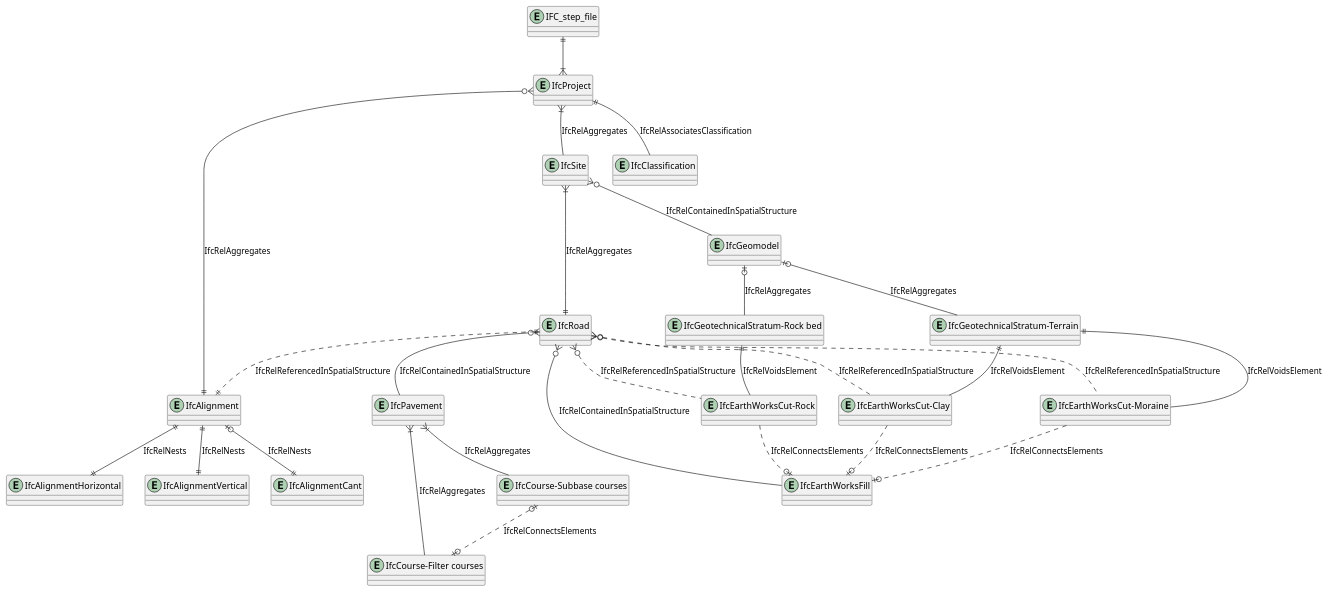
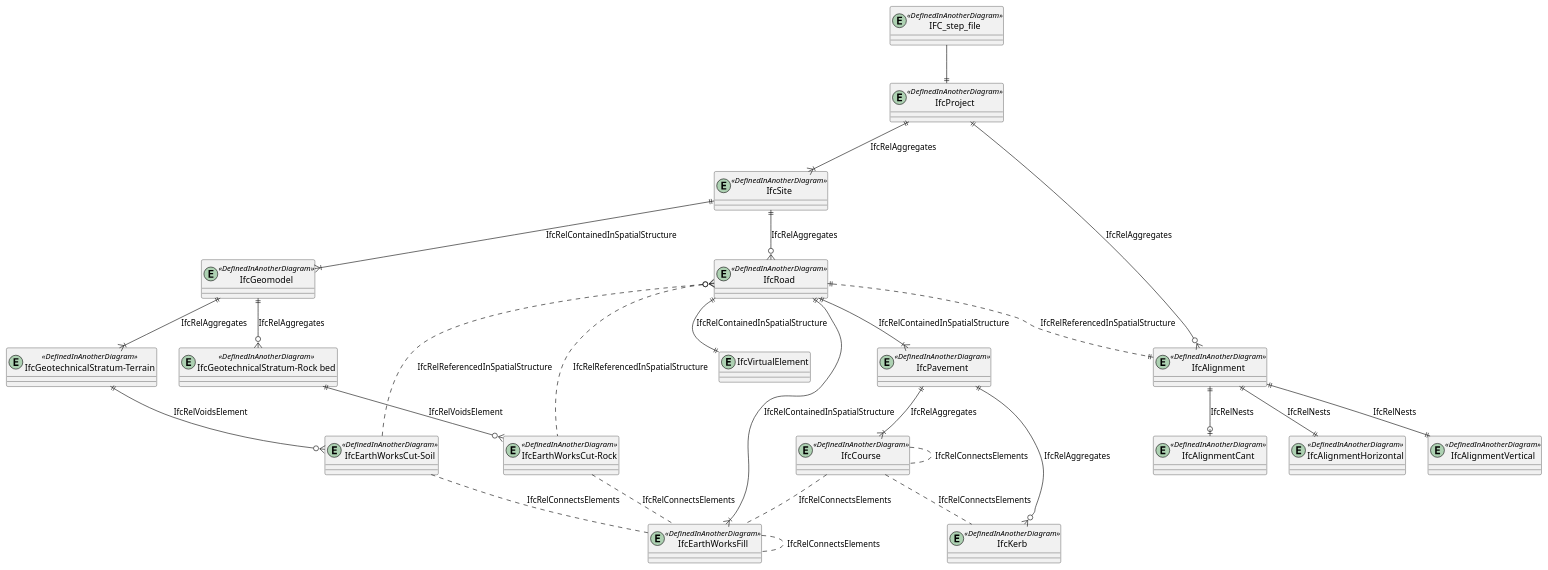
The diagram in diagrams/bsf-ifc-hierarkia.pu (buildingSMART-Finland/RYTV-IFCRoute), drawn with PlantUML before and after one commit. The commit also changed 2 other files, not shown here.

Commit message:
Some text, legend and file hierarchy diagram

```diff
--- a/diagrams/bsf-ifc-hierarkia.pu
+++ b/diagrams/bsf-ifc-hierarkia.pu
@@ -1,64 +1,73 @@
 @startuml 
 
-entity IFC_step_file
-entity IfcProject
-IFC_step_file||--|{IfcProject
+entity IFC_step_file <<DefinedInAnotherDiagram>>
 
-entity IfcSite
-IfcProject}|--IfcSite : IfcRelAggregates
+entity IfcProject <<DefinedInAnotherDiagram>>
+IFC_step_file--||IfcProject
 
-entity IfcClassification 
-IfcProject||--IfcClassification : IfcRelAssociatesClassification 
+entity IfcSite <<DefinedInAnotherDiagram>>
+IfcProject||--|{IfcSite : IfcRelAggregates
 
-entity IfcRoad 
-IfcSite}|--||IfcRoad : IfcRelAggregates
 
-entity IfcAlignment
-IfcProject}o--||IfcAlignment : IfcRelAggregates
-entity IfcAlignmentHorizontal
+entity IfcRoad <<DefinedInAnotherDiagram>> 
+IfcSite||--o{IfcRoad : IfcRelAggregates
+
+
+entity IfcVirtualElement
+IfcRoad||--||IfcVirtualElement : IfcRelContainedInSpatialStructure
+
+entity IfcGeomodel <<DefinedInAnotherDiagram>>
+
+IfcSite||--|{IfcGeomodel : IfcRelContainedInSpatialStructure
+
+entity "IfcGeotechnicalStratum-Terrain" <<DefinedInAnotherDiagram>>
+IfcGeomodel||--|{"IfcGeotechnicalStratum-Terrain":IfcRelAggregates
+entity "IfcGeotechnicalStratum-Rock bed" <<DefinedInAnotherDiagram>>
+IfcGeomodel||--o{"IfcGeotechnicalStratum-Rock bed":IfcRelAggregates
+
+
+entity IfcPavement <<DefinedInAnotherDiagram>>
+IfcRoad||--|{IfcPavement : IfcRelContainedInSpatialStructure
+
+entity "IfcEarthWorksCut-Rock" <<DefinedInAnotherDiagram>>
+IfcRoad}o.."IfcEarthWorksCut-Rock": IfcRelReferencedInSpatialStructure
+entity "IfcEarthWorksCut-Soil" <<DefinedInAnotherDiagram>>
+IfcRoad}o.."IfcEarthWorksCut-Soil": IfcRelReferencedInSpatialStructure
+
+
+"IfcGeotechnicalStratum-Rock bed"||--o{"IfcEarthWorksCut-Rock" : IfcRelVoidsElement
+"IfcGeotechnicalStratum-Terrain"||--o{"IfcEarthWorksCut-Soil" : IfcRelVoidsElement
+
+entity IfcEarthWorksFill <<DefinedInAnotherDiagram>>
+IfcRoad||--|{IfcEarthWorksFill : IfcRelContainedInSpatialStructure
+
+IfcEarthWorksFill..IfcEarthWorksFill:IfcRelConnectsElements
+
+"IfcEarthWorksCut-Rock"..IfcEarthWorksFill :IfcRelConnectsElements 
+"IfcEarthWorksCut-Soil"..IfcEarthWorksFill :IfcRelConnectsElements 
+
+entity IfcCourse <<DefinedInAnotherDiagram>>
+IfcPavement||--|{IfcCourse :IfcRelAggregates
+
+IfcCourse..IfcCourse:IfcRelConnectsElements
+IfcCourse..IfcEarthWorksFill:IfcRelConnectsElements
+
+entity IfcKerb <<DefinedInAnotherDiagram>>
+IfcPavement||--o{IfcKerb :IfcRelAggregates
+IfcCourse..IfcKerb:IfcRelConnectsElements
+
+
+entity IfcAlignment <<DefinedInAnotherDiagram>>
+IfcProject||--o{IfcAlignment : IfcRelAggregates
+entity IfcAlignmentHorizontal <<DefinedInAnotherDiagram>>
 IfcAlignment||--||IfcAlignmentHorizontal : IfcRelNests
-entity IfcAlignmentVertical
+entity IfcAlignmentVertical <<DefinedInAnotherDiagram>>
 IfcAlignment||--||IfcAlignmentVertical : IfcRelNests
-entity IfcAlignmentCant
-IfcAlignment|o--||IfcAlignmentCant : IfcRelNests
-
+entity IfcAlignmentCant <<DefinedInAnotherDiagram>>
+IfcAlignment||--o|IfcAlignmentCant : IfcRelNests
 
 IfcRoad||..||IfcAlignment : IfcRelReferencedInSpatialStructure
 
-entity IfcGeomodel
-
-IfcSite}o--IfcGeomodel : IfcRelContainedInSpatialStructure
-
-entity "IfcGeotechnicalStratum-Terrain"
-IfcGeomodel|o--"IfcGeotechnicalStratum-Terrain":IfcRelAggregates
-entity "IfcGeotechnicalStratum-Rock bed"
-IfcGeomodel|o--"IfcGeotechnicalStratum-Rock bed":IfcRelAggregates
 
 
-entity IfcPavement
-IfcRoad}o--IfcPavement : IfcRelContainedInSpatialStructure
-
-entity "IfcEarthWorksCut-Rock"
-IfcRoad}o.."IfcEarthWorksCut-Rock": IfcRelReferencedInSpatialStructure
-entity "IfcEarthWorksCut-Clay"
-IfcRoad}o.."IfcEarthWorksCut-Clay": IfcRelReferencedInSpatialStructure
-entity "IfcEarthWorksCut-Moraine"
-IfcRoad}o.."IfcEarthWorksCut-Moraine": IfcRelReferencedInSpatialStructure
-
-"IfcGeotechnicalStratum-Rock bed"||--"IfcEarthWorksCut-Rock" : IfcRelVoidsElement
-"IfcGeotechnicalStratum-Terrain"||--"IfcEarthWorksCut-Clay" : IfcRelVoidsElement
-"IfcGeotechnicalStratum-Terrain"||--"IfcEarthWorksCut-Moraine" : IfcRelVoidsElement
-
-entity IfcEarthWorksFill
-IfcRoad}o--IfcEarthWorksFill : IfcRelContainedInSpatialStructure
-
-"IfcEarthWorksCut-Rock"..o|IfcEarthWorksFill :IfcRelConnectsElements 
-"IfcEarthWorksCut-Clay"..o|IfcEarthWorksFill :IfcRelConnectsElements 
-"IfcEarthWorksCut-Moraine"..o|IfcEarthWorksFill :IfcRelConnectsElements
-
-entity "IfcCourse-Subbase courses"
-IfcPavement}|--"IfcCourse-Subbase courses" :IfcRelAggregates
-entity "IfcCourse-Filter courses"
-IfcPavement}|--"IfcCourse-Filter courses" :IfcRelAggregates
-"IfcCourse-Subbase courses"|o..o|"IfcCourse-Filter courses":IfcRelConnectsElements
 @enduml
```
